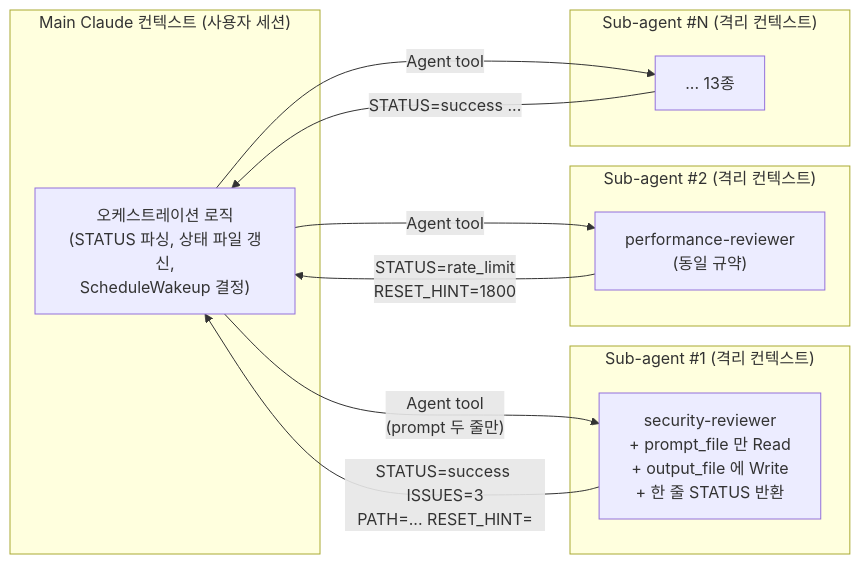
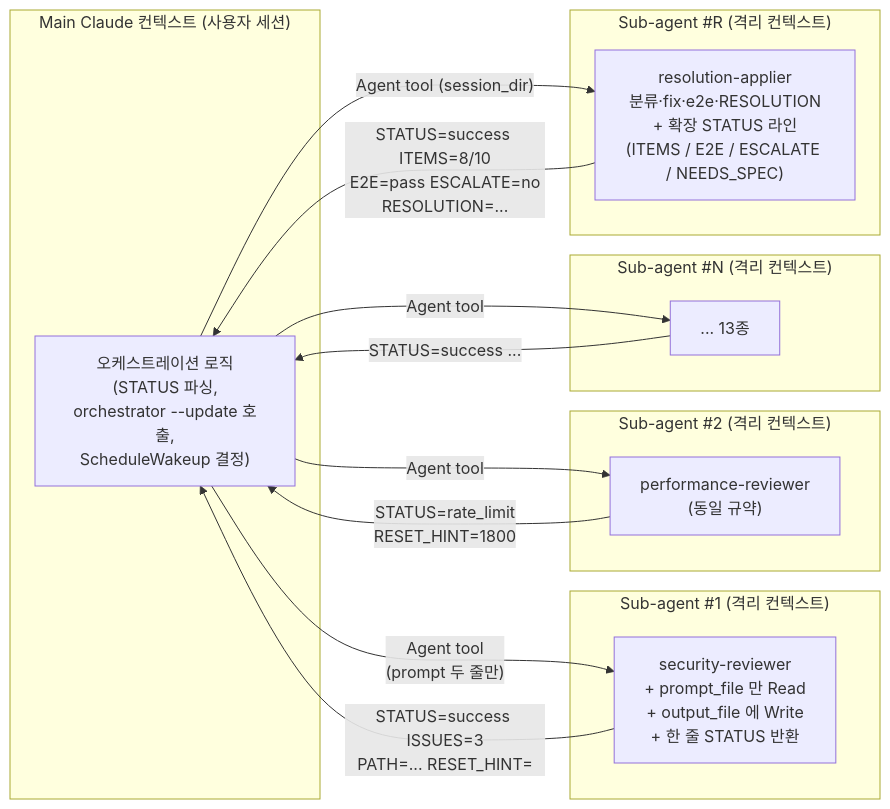
The fifth of 8 diagrams in OVERVIEW.md (worker-ants/claude-code-harness), drawn with Mermaid before and after one commit. The commit also changed other lines of this file and 45 other files, not shown here.

````diff
--- a/OVERVIEW.md
+++ b/OVERVIEW.md
@@ -298,26 +323,32 @@
 ```mermaid
 flowchart LR
     subgraph MainCtx["Main Claude 컨텍스트 (사용자 세션)"]
-        M["오케스트레이션 로직<br/>(STATUS 파싱, 상태 파일 갱신,<br/>ScheduleWakeup 결정)"]
+        M["오케스트레이션 로직<br/>(STATUS 파싱,<br/>orchestrator --update 호출,<br/>ScheduleWakeup 결정)"]
     end
 
     subgraph SubCtx1["Sub-agent #1 (격리 컨텍스트)"]
         SA1["security-reviewer<br/>+ prompt_file 만 Read<br/>+ output_file 에 Write<br/>+ 한 줄 STATUS 반환"]
     end
 
     subgraph SubCtx2["Sub-agent #2 (격리 컨텍스트)"]
         SA2["performance-reviewer<br/>(동일 규약)"]
     end
 
     subgraph SubCtxN["Sub-agent #N (격리 컨텍스트)"]
         SAN["... 13종"]
     end
 
+    subgraph SubCtxR["Sub-agent #R (격리 컨텍스트)"]
+        SAR["resolution-applier<br/>분류·fix·e2e·RESOLUTION<br/>+ 확장 STATUS 라인<br/>(ITEMS / E2E / ESCALATE / NEEDS_SPEC)"]
+    end
+
     M -->|"Agent tool<br/>(prompt 두 줄만)"| SA1
     M -->|"Agent tool"| SA2
     M -->|"Agent tool"| SAN
+    M -->|"Agent tool (session_dir)"| SAR
 
     SA1 -->|"STATUS=success ISSUES=3<br/>PATH=... RESET_HINT="| M
     SA2 -->|"STATUS=rate_limit<br/>RESET_HINT=1800"| M
     SAN -->|"STATUS=success ..."| M
+    SAR -->|"STATUS=success ITEMS=8/10<br/>E2E=pass ESCALATE=no<br/>RESOLUTION=..."| M
 ```
````
